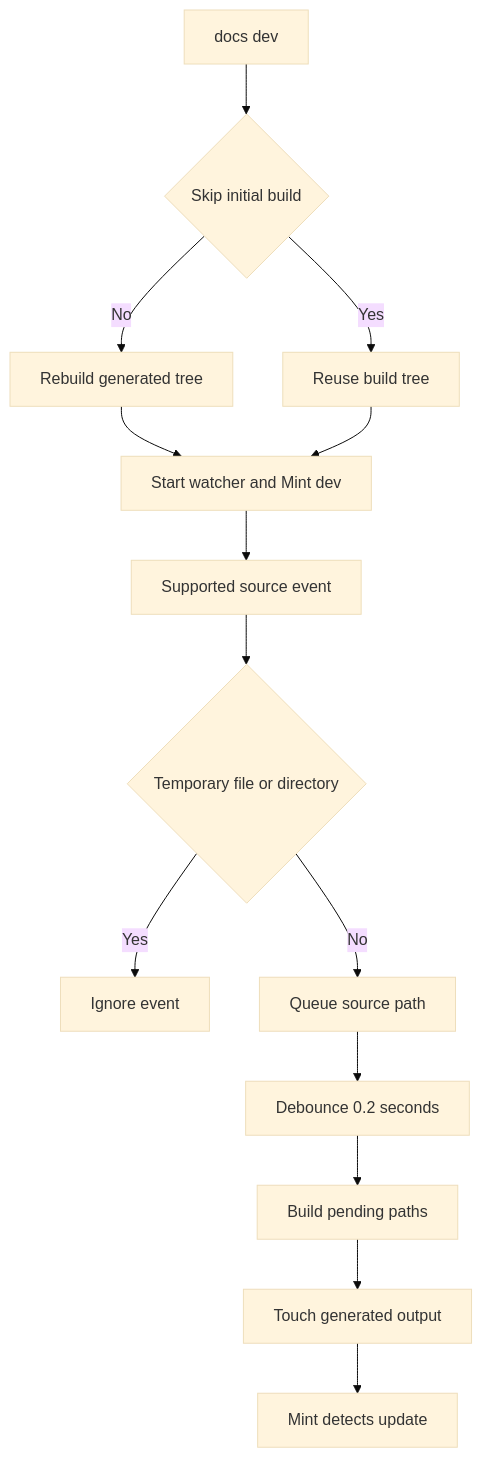
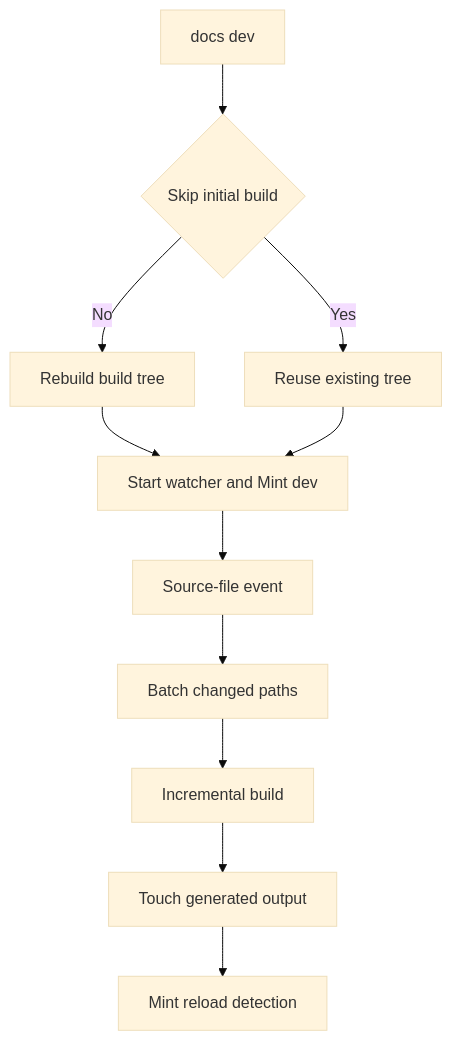
Before and after one commit to rishi-raj-jain/docs-1: the first of 2 diagrams in openwiki/operations/cli-tools.md, drawn with Mermaid (base theme). The commit also changed other lines of this file and 30 other files, not shown here.

````diff
--- a/openwiki/operations/cli-tools.md
+++ b/openwiki/operations/cli-tools.md
@@ -86,16 +84,13 @@
 ```mermaid
 flowchart TD
-  Start["docs dev"] --> Decide{"Skip initial build"}
-  Decide -->|"No"| Full["Rebuild generated tree"]
-  Decide -->|"Yes"| Reuse["Reuse build tree"]
+  Start["docs dev"] --> Choice{"Skip initial build"}
+  Choice -->|"No"| Full["Rebuild build tree"]
+  Choice -->|"Yes"| Reuse["Reuse existing tree"]
   Full --> Services["Start watcher and Mint dev"]
   Reuse --> Services
-  Services --> Change["Supported source event"]
-  Change --> Filter{"Temporary file or directory"}
-  Filter -->|"Yes"| Ignore["Ignore event"]
-  Filter -->|"No"| Queue["Queue source path"]
-  Queue --> Delay["Debounce 0.2 seconds"]
-  Delay --> Build["Build pending paths"]
-  Build --> Touch["Touch generated output"]
-  Touch --> Reload["Mint detects update"]
+  Services --> Event["Source-file event"]
+  Event --> Batch["Batch changed paths"]
+  Batch --> Incremental["Incremental build"]
+  Incremental --> Touch["Touch generated output"]
+  Touch --> Reload["Mint reload detection"]
 ```
````
